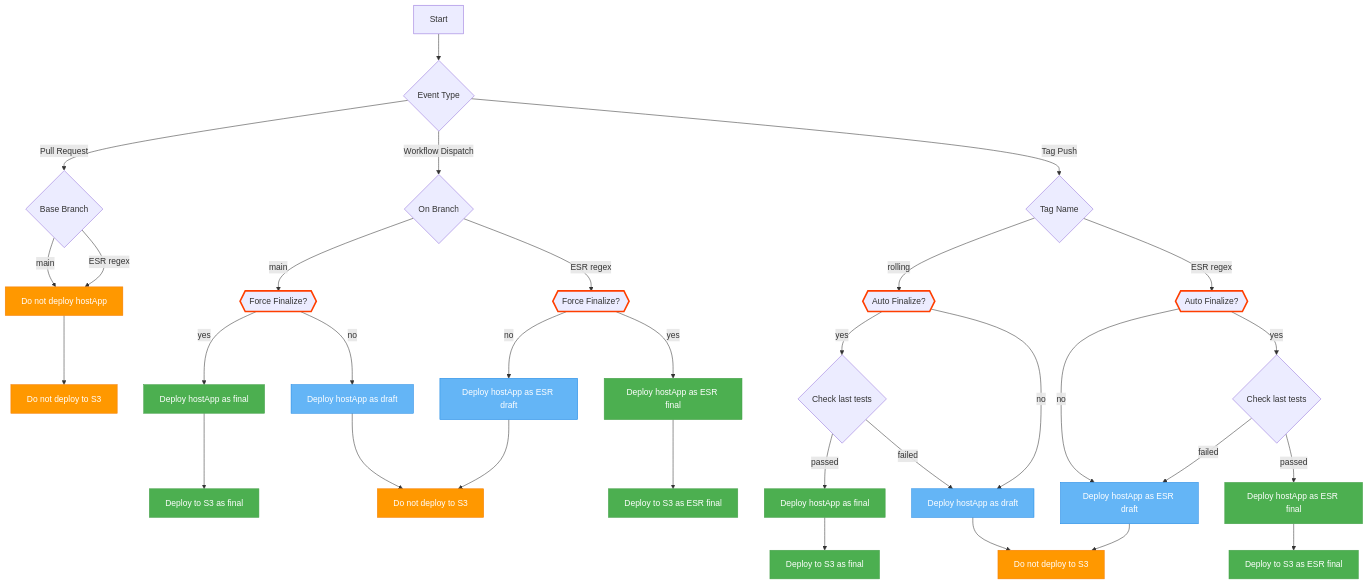
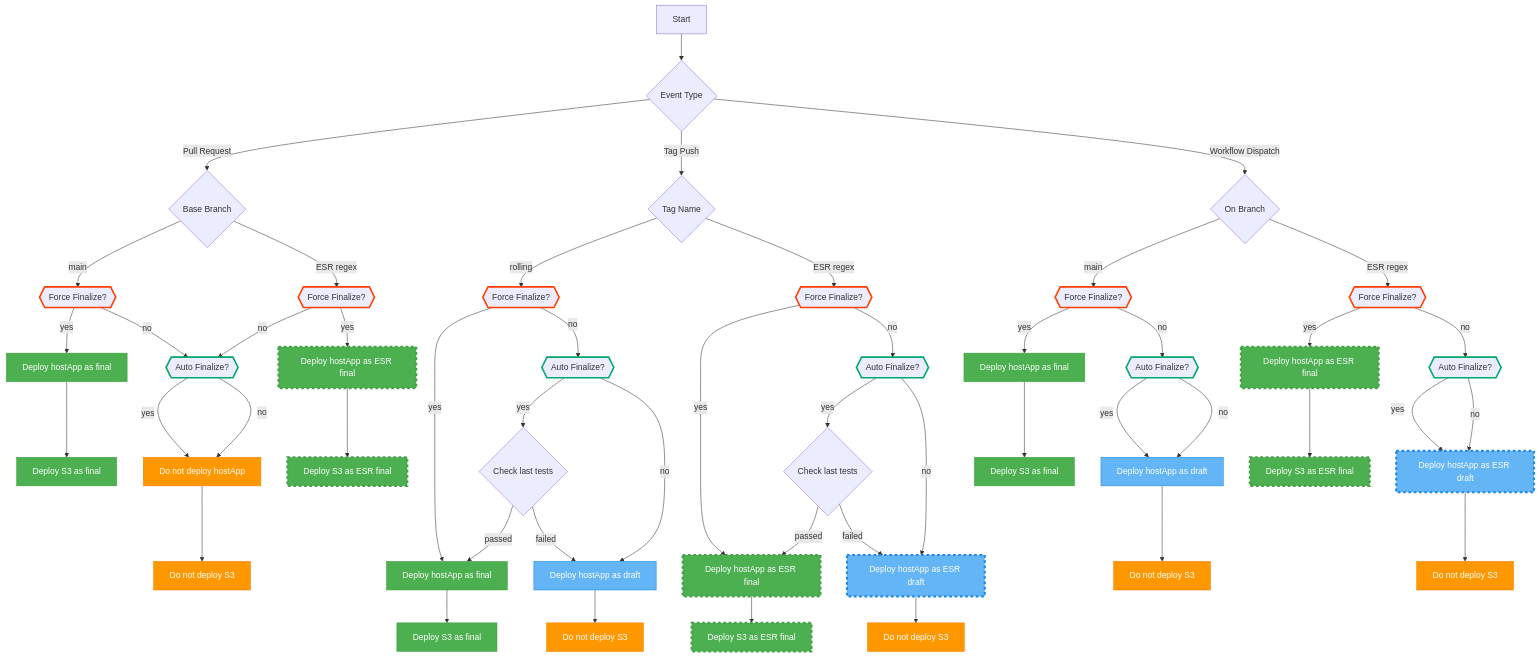
The diagram in .github/workflows/README.md (balena-os/balena-yocto-scripts), drawn with Mermaid before and after one commit.

Commit message:
Show unexpected input logic so we can still write safe code
We do not expect force-finalize to be true on any event types
except workflow dispatch, but we need to handle it correctly
either way.

Similarly, we treat auto-finalize as no-op for events
other than tag push events, but we should still show the logic
gates and how the various values entangle.

````diff
--- a/.github/workflows/README.md
+++ b/.github/workflows/README.md
@@ -43,43 +43,84 @@
 ```mermaid
 flowchart TD
     Start[Start] --> EventType{Event Type}
-    EventType -->|Pull Request| BaseBranch{Base Branch}
-    BaseBranch -->|main| DoNotDeployHostApp[Do not deploy hostApp]
-    BaseBranch -->|ESR regex| DoNotDeployHostApp
-    DoNotDeployHostApp --> PRNoS3[Do not deploy to S3]
-    EventType -->|Tag Push| TPTagName{Tag Name}
-    TPTagName -->|rolling| TPMain{{Auto Finalize?}}
-    TPTagName -->|ESR regex| TPESR{{Auto Finalize?}}
-    EventType -->|Workflow Dispatch| WDOnBranch{On Branch}
-    WDOnBranch -->|main| WDForceMain{{Force Finalize?}}
-    WDOnBranch -->|ESR regex| WDForceESR{{Force Finalize?}}
-    WDForceMain -->|yes| WDMainFinal[Deploy hostApp as final]
-    WDForceMain -->|no| WDMainDraft[Deploy hostApp as draft]
-    WDForceESR -->|yes| WDESRFinal[Deploy hostApp as ESR final]
-    WDForceESR -->|no| WDESRDraft[Deploy hostApp as ESR draft]
-    WDMainFinal --> WDMainS3Final[Deploy to S3 as final]
-    WDMainDraft --> WDNoS3[Do not deploy to S3]
-    WDESRDraft --> WDNoS3
-    WDESRFinal --> WDESRs3Final[Deploy to S3 as ESR final]
-    TPMain -->|yes| TPMainTests{Check last tests}
-    TPMainTests -->|passed| TPMainFinal[Deploy hostApp as final]
-    TPMainTests -->|failed| TPMainDraft[Deploy hostApp as draft]
-    TPMain -->|no| TPMainDraft
-    TPESR -->|yes| TPESRTests{Check last tests}
-    TPESR -->|no| TPESRDraft[Deploy hostApp as ESR draft]
-    TPESRTests -->|passed| TPESRFinal[Deploy hostApp as ESR final]
-    TPESRTests -->|failed| TPESRDraft
-    TPMainFinal --> TPMainS3Final[Deploy to S3 as final]
-    TPMainDraft --> TPNoS3[Do not deploy to S3]
-    TPESRDraft --> TPNoS3
-    TPESRFinal --> TPESRs3Final[Deploy to S3 as ESR final]
+    EventType -->|Pull Request| PullRequest{Base Branch}
+    EventType -->|Tag Push| TagPush{Tag Name}
+    EventType -->|Workflow Dispatch| WorkflowDispatch{On Branch}
 
-    classDef userInput stroke:#ff3e00,stroke-width:3px;
-    class TPMain,TPESR,WDForceMain,WDForceESR userInput;
+    PullRequest -->|main| ForceFinalize-5{{Force Finalize?}}
+    PullRequest -->|ESR regex| ForceFinalize-6{{Force Finalize?}}
+
+    ForceFinalize-5 --> |yes| DeployFinalHostapp-3[Deploy hostApp as final]
+    ForceFinalize-5 --> |no| AutoFinalize-5{{Auto Finalize?}}
+
+    ForceFinalize-6 --> |no| AutoFinalize-5{{Auto Finalize?}}
+    ForceFinalize-6 --> |yes| DeployFinalESRHostapp-4[Deploy hostApp as ESR final]
+
+    DeployFinalHostapp-3 --> DeployFinalS3-3[Deploy S3 as final]
+    DeployFinalESRHostapp-4 --> DeployFinalS3-4[Deploy S3 as ESR final]
+
+    AutoFinalize-5 --> |yes| DoNotDeployHostapp[Do not deploy hostApp]
+    AutoFinalize-5 --> |no| DoNotDeployHostapp
+    
+    DoNotDeployHostapp --> DoNotDeployS3-1[Do not deploy S3]
+
+    TagPush -->|rolling| ForceFinalize-1{{Force Finalize?}}
+    TagPush -->|ESR regex| ForceFinalize-2{{Force Finalize?}}
+
+    ForceFinalize-1 -->|yes| DeployFinalHostapp-1[Deploy hostApp as final]
+    ForceFinalize-1 -->|no| AutoFinalize-1{{Auto Finalize?}}
+
+    AutoFinalize-1 -->|yes| TPRollingNoForceAuto{Check last tests}
+    AutoFinalize-1 -->|no| DeployDraftHostapp-1[Deploy hostApp as draft]
+
+    TPRollingNoForceAuto -->|passed| DeployFinalHostapp-1
+    TPRollingNoForceAuto -->|failed| DeployDraftHostapp-1
+
+    DeployDraftHostapp-1 --> DoNotDeployS3-2[Do not deploy S3]
+
+    ForceFinalize-2 -->|yes| DeployFinalESRHostapp[Deploy hostApp as ESR final]
+    ForceFinalize-2 -->|no| AutoFinalize-2{{Auto Finalize?}}
+
+    AutoFinalize-2 -->|yes| CheckTests1{Check last tests}
+    AutoFinalize-2 -->|no| DeployDraftESRHostapp[Deploy hostApp as ESR draft]
+
+    CheckTests1 -->|passed| DeployFinalESRHostapp
+    CheckTests1 -->|failed| DeployDraftESRHostapp
+    DeployFinalHostapp-1 --> DeployFinalS3-1[Deploy S3 as final]
+
+    DeployDraftESRHostapp --> DoNotDeployS3-3[Do not deploy S3]
+    DeployFinalESRHostapp --> DeployFinalESRS3[Deploy S3 as ESR final]
+    
+    WorkflowDispatch -->|main| ForceFinalize-3{{Force Finalize?}}
+    WorkflowDispatch -->|ESR regex| ForceFinalize-4{{Force Finalize?}}
+
+    ForceFinalize-3 -->|yes| DeployFinalHostapp-2[Deploy hostApp as final]
+    ForceFinalize-3 -->|no| AutoFinalize-3{{Auto Finalize?}}
+    AutoFinalize-3 -->|yes| DeployDraftHostapp-2[Deploy hostApp as draft]
+    AutoFinalize-3 -->|no| DeployDraftHostapp-2[Deploy hostApp as draft]
+
+    ForceFinalize-4 -->|yes| DeployFinalESRHostapp-1[Deploy hostApp as ESR final]
+    ForceFinalize-4 -->|no| AutoFinalize-4{{Auto Finalize?}}
+    AutoFinalize-4 -->|yes| DeployDraftESRHostapp2[Deploy hostApp as ESR draft]
+    AutoFinalize-4 -->|no| DeployDraftESRHostapp2[Deploy hostApp as ESR draft]
+
+    DeployFinalHostapp-2 --> DeployFinalS3-2[Deploy S3 as final]
+    DeployDraftHostapp-2 --> DoNotDeployS3-4[Do not deploy S3]
+    DeployDraftESRHostapp2 --> DoNotDeployS3-5[Do not deploy S3]
+    DeployFinalESRHostapp-1 --> DeployFinalESRS3-2[Deploy S3 as ESR final]
+
+    classDef forceFinalize stroke:#ff3e00,stroke-width:3px;
+    classDef autoFinalize stroke:#00a86b,stroke-width:3px;
+    class ForceFinalize-1,ForceFinalize-2,ForceFinalize-3,ForceFinalize-4,ForceFinalize-5,ForceFinalize-6 forceFinalize;
+    class AutoFinalize-1,AutoFinalize-2,AutoFinalize-3,AutoFinalize-4,AutoFinalize-5 autoFinalize;
     classDef final fill:#4caf50,stroke:#45a049,color:#ffffff;
+    classDef finalESR fill:#4caf50,stroke:#45a049,color:#ffffff,stroke-width:4px,stroke-dasharray: 5 5;
     classDef noDeploy fill:#ff9800,stroke:#f57c00,color:#ffffff;
     classDef draft fill:#64b5f6,stroke:#1e88e5,color:#ffffff;
-    class WDMainFinal,WDESRFinal,TPMainFinal,TPESRFinal,WDMainS3Final,WDESRs3Final,TPMainS3Final,TPESRs3Final final;
-    class WDMainDraft,WDESRDraft,TPMainDraft,TPESRDraft,PRMain,PRESR draft;
-    class PRNoS3,WDNoS3,TPNoS3,DoNotDeployHostApp noDeploy;
+    classDef draftESR fill:#64b5f6,stroke:#1e88e5,color:#ffffff,stroke-width:4px,stroke-dasharray: 5 5;
+    class DeployFinalHostapp-1,DeployFinalHostapp-2,DeployFinalHostapp-3,DeployFinalS3-1,DeployFinalS3-2,DeployFinalS3-3 final;
+    class DeployFinalESRHostapp,DeployFinalESRHostapp-1,DeployFinalESRHostapp-4,DeployFinalS3-4,DeployFinalESRS3,DeployFinalESRS3-2 finalESR;
+    class DeployDraftHostapp-1,DeployDraftHostapp-2 draft;
+    class DeployDraftESRHostapp,DeployDraftESRHostapp2 draftESR;
+    class DoNotDeployS3-1,DoNotDeployS3-2,DoNotDeployS3-3,DoNotDeployS3-4,DoNotDeployS3-5,DoNotDeployHostapp noDeploy;
 ```
````
